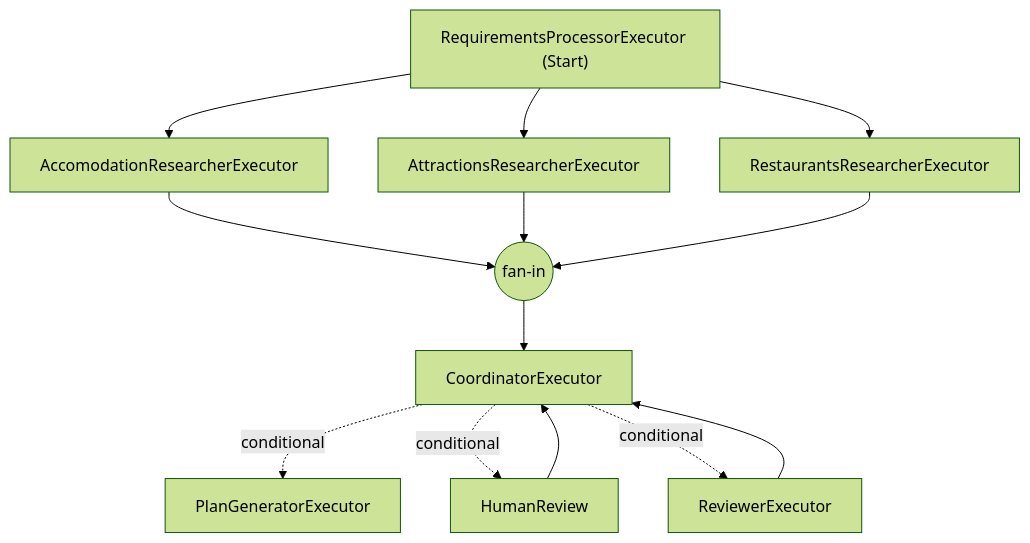
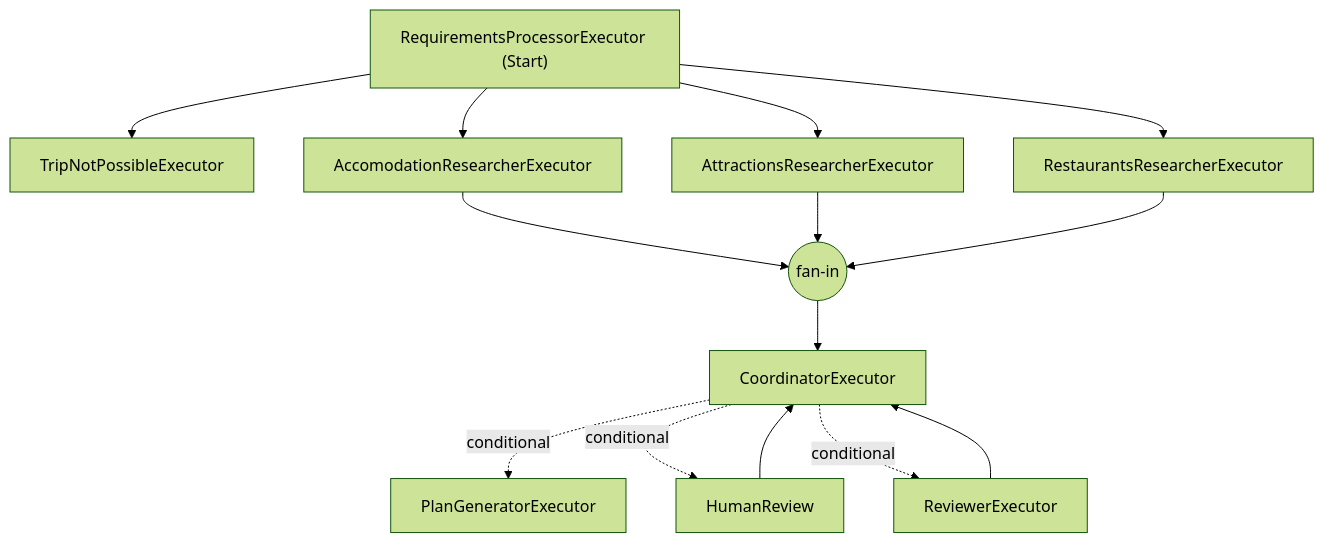
One commit to michal-dudniczenko/Microsoft-Agent-Framework-Demo changed the diagram in 03-workflows/WorkflowsDemo/workflow-diagram.md. Above: the diagram before and after it, drawn with Mermaid (forest theme). The commit also changed 37 other files, not shown here.

````diff
--- a/03-workflows/WorkflowsDemo/workflow-diagram.md
+++ b/03-workflows/WorkflowsDemo/workflow-diagram.md
@@ -1,25 +1,27 @@
 ```mermaid
 flowchart TD
   RequirementsProcessorExecutor["RequirementsProcessorExecutor (Start)"];
+  TripNotPossibleExecutor["TripNotPossibleExecutor"];
   AccomodationResearcherExecutor["AccomodationResearcherExecutor"];
   AttractionsResearcherExecutor["AttractionsResearcherExecutor"];
   RestaurantsResearcherExecutor["RestaurantsResearcherExecutor"];
   CoordinatorExecutor["CoordinatorExecutor"];
   PlanGeneratorExecutor["PlanGeneratorExecutor"];
   HumanReview["HumanReview"];
   ReviewerExecutor["ReviewerExecutor"];
 
   fan_in_CoordinatorExecutor_451E3E3B((fan-in))
   AccomodationResearcherExecutor --> fan_in_CoordinatorExecutor_451E3E3B;
   AttractionsResearcherExecutor --> fan_in_CoordinatorExecutor_451E3E3B;
   RestaurantsResearcherExecutor --> fan_in_CoordinatorExecutor_451E3E3B;
   fan_in_CoordinatorExecutor_451E3E3B --> CoordinatorExecutor;
+  RequirementsProcessorExecutor --> TripNotPossibleExecutor;
   RequirementsProcessorExecutor --> AccomodationResearcherExecutor;
   RequirementsProcessorExecutor --> AttractionsResearcherExecutor;
   RequirementsProcessorExecutor --> RestaurantsResearcherExecutor;
   CoordinatorExecutor -. conditional .-> PlanGeneratorExecutor;
   CoordinatorExecutor -. conditional .-> HumanReview;
   CoordinatorExecutor -. conditional .-> ReviewerExecutor;
   ReviewerExecutor --> CoordinatorExecutor;
   HumanReview --> CoordinatorExecutor;
 ```
````
